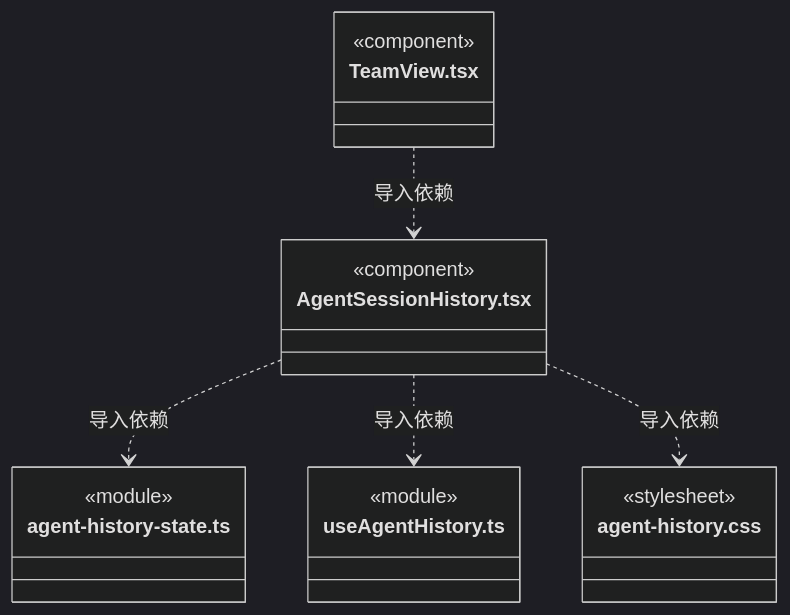
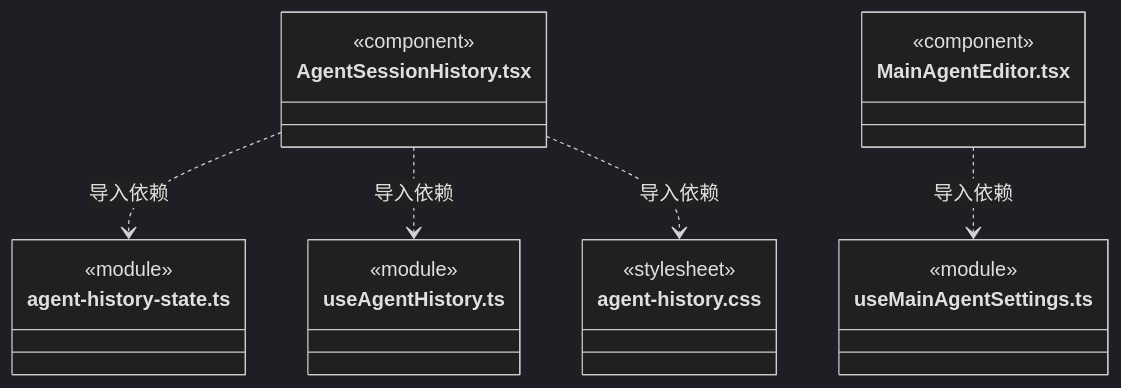
Diagram 25 of 28 in src/frontend/team/ARCHITECTURE.md (nan023062/cbim), drawn with Mermaid (dark theme) before and after one commit. The commit also changed other lines of this file and 81 other files, not shown here.

First line of the commit message:
fix: share main agent settings and separate engines from model providers

````diff
--- a/src/frontend/team/ARCHITECTURE.md
+++ b/src/frontend/team/ARCHITECTURE.md
@@ -409,22 +435,25 @@
 ```mermaid
 classDiagram
 class N_src_frontend_team_AgentSessionHistory_tsx["AgentSessionHistory.tsx"] {
   <<component>>
 }
 class N_src_frontend_team_agent_history_state_ts["agent-history-state.ts"] {
   <<module>>
 }
 class N_src_frontend_team_useAgentHistory_ts["useAgentHistory.ts"] {
   <<module>>
 }
 class N_src_frontend_team_agent_history_css["agent-history.css"] {
   <<stylesheet>>
 }
-class N_src_frontend_team_TeamView_tsx["TeamView.tsx"] {
+class N_src_frontend_team_MainAgentEditor_tsx["MainAgentEditor.tsx"] {
   <<component>>
+}
+class N_src_frontend_team_useMainAgentSettings_ts["useMainAgentSettings.ts"] {
+  <<module>>
 }
 N_src_frontend_team_AgentSessionHistory_tsx ..> N_src_frontend_team_agent_history_state_ts : 导入依赖
 N_src_frontend_team_AgentSessionHistory_tsx ..> N_src_frontend_team_useAgentHistory_ts : 导入依赖
 N_src_frontend_team_AgentSessionHistory_tsx ..> N_src_frontend_team_agent_history_css : 导入依赖
-N_src_frontend_team_TeamView_tsx ..> N_src_frontend_team_AgentSessionHistory_tsx : 导入依赖
+N_src_frontend_team_MainAgentEditor_tsx ..> N_src_frontend_team_useMainAgentSettings_ts : 导入依赖
 ```
````
